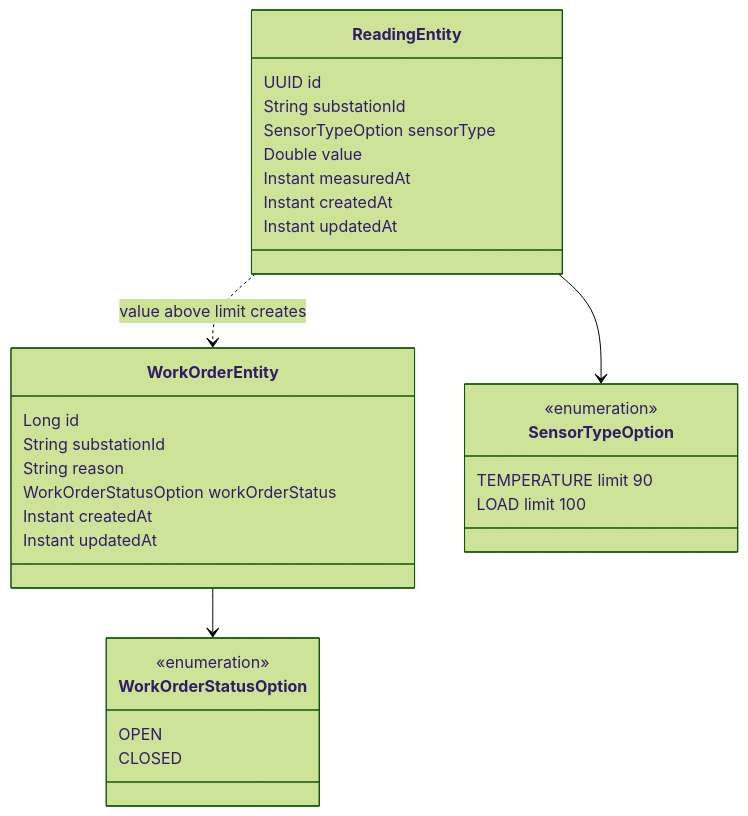
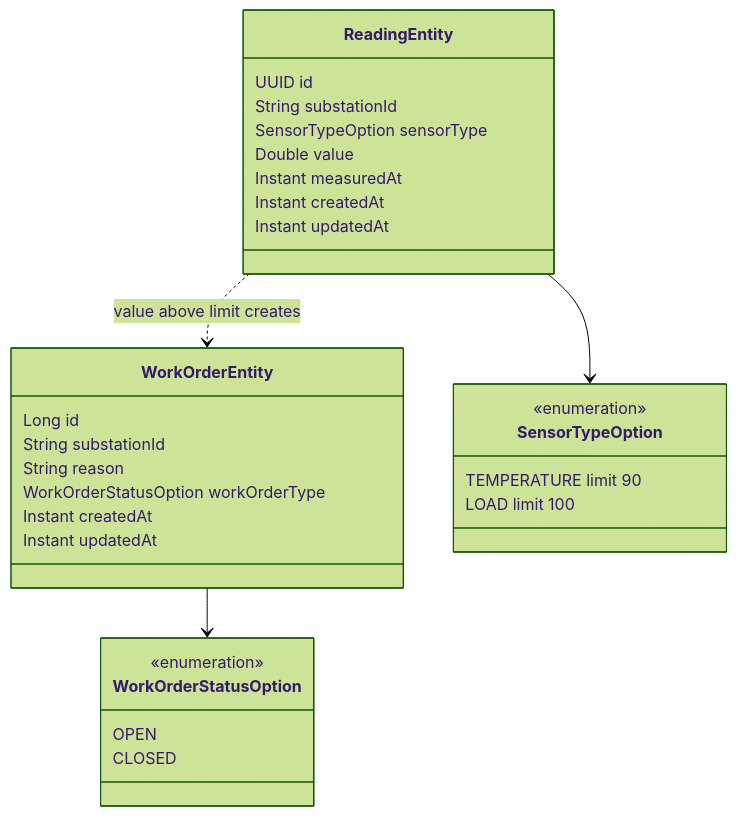
One commit to hapiKzm/gridwatch changed the sixth of 8 diagrams in docs/ARCHITECTURE.md. Above: the diagram before and after it, drawn with Mermaid (forest theme). The commit also changed 29 other files, not shown here.

````diff
--- a/docs/ARCHITECTURE.md
+++ b/docs/ARCHITECTURE.md
@@ -143,33 +143,33 @@
 ```mermaid
 classDiagram
     class ReadingEntity {
         UUID id
         String substationId
         SensorTypeOption sensorType
         Double value
         Instant measuredAt
         Instant createdAt
         Instant updatedAt
     }
     class WorkOrderEntity {
         Long id
         String substationId
         String reason
-        WorkOrderStatusOption workOrderStatus
+        WorkOrderStatusOption workOrderType
         Instant createdAt
         Instant updatedAt
     }
     class SensorTypeOption {
         <<enumeration>>
         TEMPERATURE limit 90
         LOAD limit 100
     }
     class WorkOrderStatusOption {
         <<enumeration>>
         OPEN
         CLOSED
     }
     ReadingEntity --> SensorTypeOption
     WorkOrderEntity --> WorkOrderStatusOption
     ReadingEntity ..> WorkOrderEntity : value above limit creates
 ```
````
